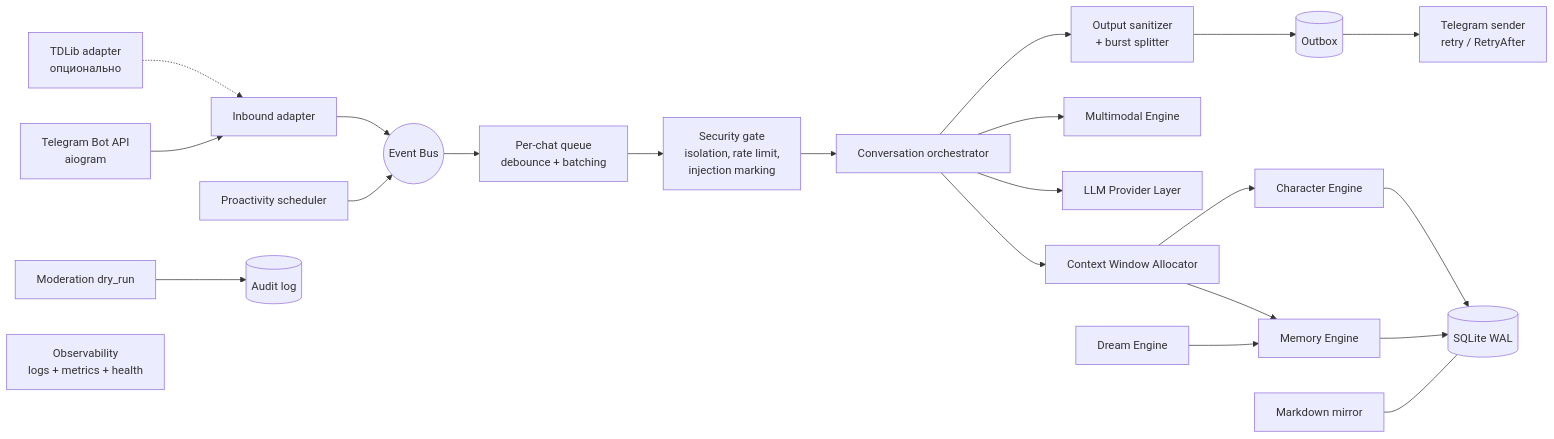
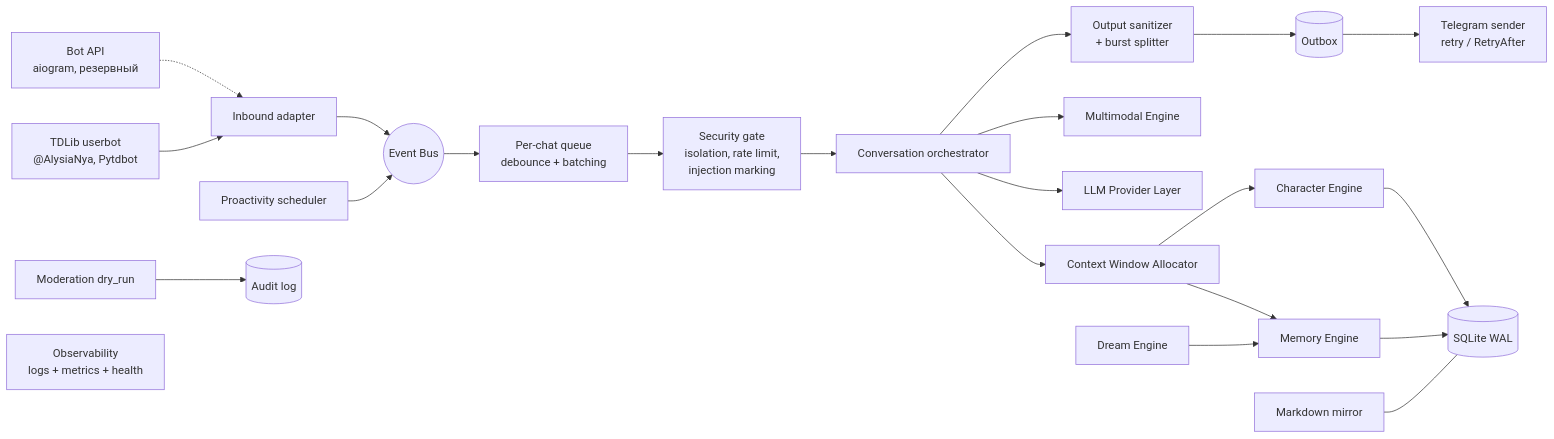
Before and after one commit to pizdalic/alya-v3: the diagram in docs/ARCHITECTURE.md, drawn with Mermaid. The commit also changed other lines of this file and 8 other files, not shown here.

Commit message:
Phase 0: apply owner decisions (userbot, API-only, Ubuntu, PolyForm NC license)

````diff
--- a/docs/ARCHITECTURE.md
+++ b/docs/ARCHITECTURE.md
@@ -17,24 +17,24 @@
 ```mermaid
 flowchart LR
-  TG[Telegram Bot API<br/>aiogram] --> IN[Inbound adapter]
-  TD[TDLib adapter<br/>опционально] -.-> IN
+  TD[TDLib userbot<br/>@AlysiaNya, Pytdbot] --> IN[Inbound adapter]
+  TG[Bot API<br/>aiogram, резервный] -.-> IN
   IN --> BUS((Event Bus))
   BUS --> Q[Per-chat queue<br/>debounce + batching]
   Q --> SEC[Security gate<br/>isolation, rate limit,<br/>injection marking]
   SEC --> ORCH[Conversation orchestrator]
   ORCH --> CTX[Context Window Allocator]
   CTX --> MEM[Memory Engine]
   CTX --> CHR[Character Engine]
   ORCH --> LLM[LLM Provider Layer]
   ORCH --> MM[Multimodal Engine]
   ORCH --> OUT[Output sanitizer<br/>+ burst splitter]
   OUT --> OB[(Outbox)]
   OB --> SEND[Telegram sender<br/>retry / RetryAfter]
   MEM --> DB[(SQLite WAL)]
   CHR --> DB
   DREAM[Dream Engine] --> MEM
   PRO[Proactivity scheduler] --> BUS
   MOD[Moderation dry_run] --> AUD[(Audit log)]
   MIR[Markdown mirror] --- DB
   OBS[Observability<br/>logs + metrics + health]
 ```
````
